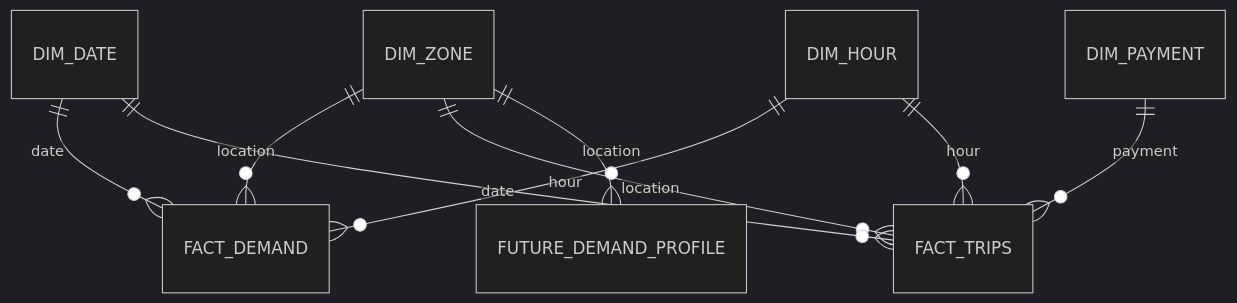
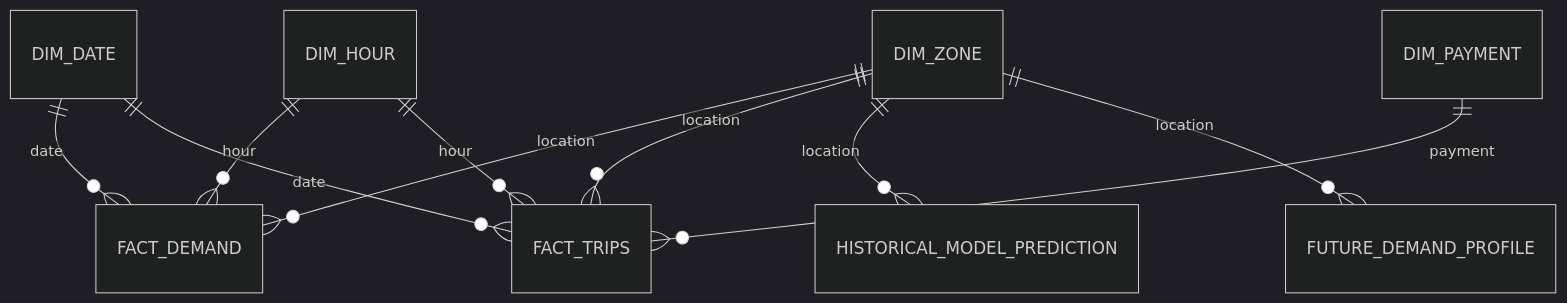
One commit to georgeballa7/NycTaxiDemandForecasting changed the second of 2 diagrams in README.md. Above: the diagram before and after it, drawn with Mermaid (dark theme). The commit also changed other lines of this file, not shown here.

Commit message:
Document database-backed historical model serving

````diff
--- a/README.md
+++ b/README.md
@@ -97,13 +100,12 @@
 ```mermaid
 erDiagram
     DIM_ZONE ||--o{ FACT_DEMAND : location
     DIM_DATE ||--o{ FACT_DEMAND : date
     DIM_HOUR ||--o{ FACT_DEMAND : hour
-
     DIM_ZONE ||--o{ FACT_TRIPS : location
     DIM_DATE ||--o{ FACT_TRIPS : date
     DIM_HOUR ||--o{ FACT_TRIPS : hour
     DIM_PAYMENT ||--o{ FACT_TRIPS : payment
-
+    DIM_ZONE ||--o{ HISTORICAL_MODEL_PREDICTION : location
     DIM_ZONE ||--o{ FUTURE_DEMAND_PROFILE : location
 ```
````
